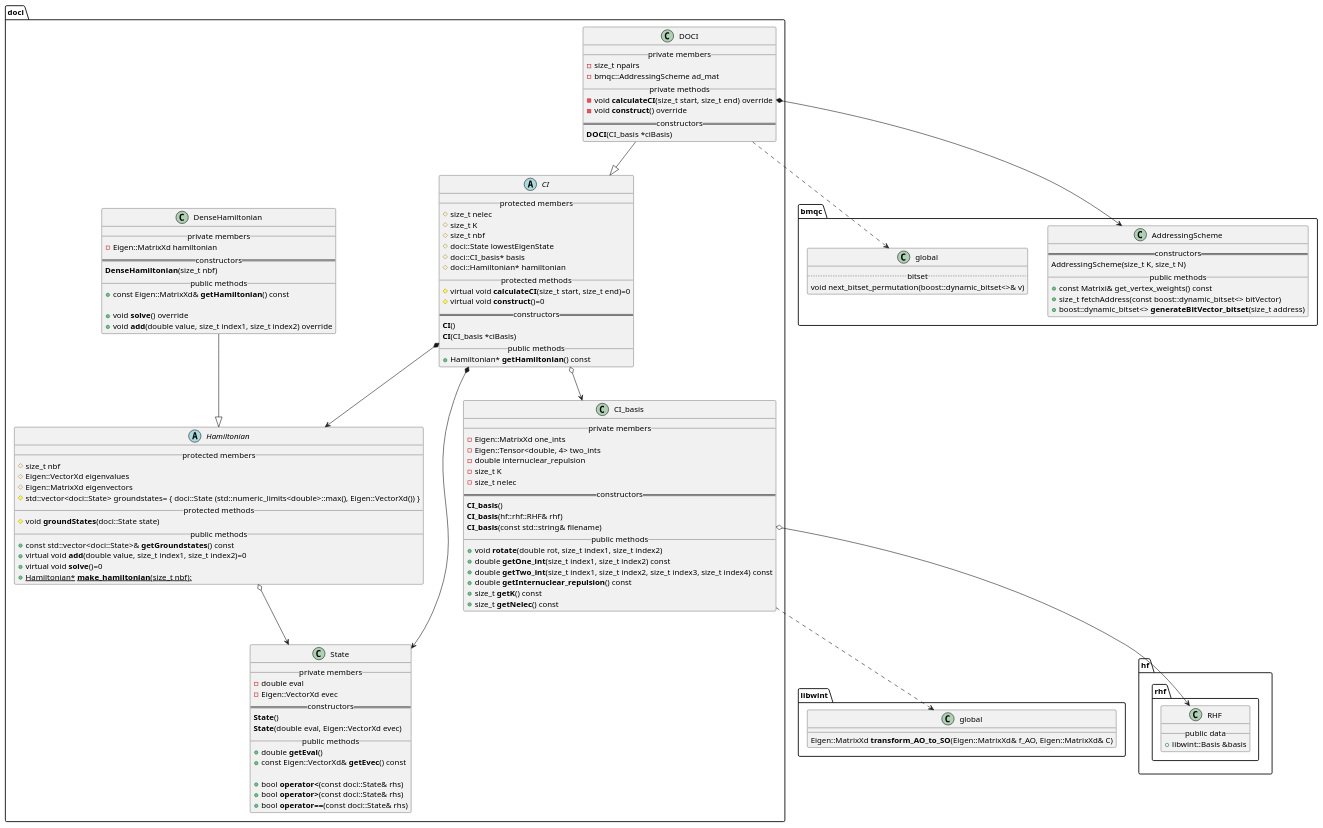
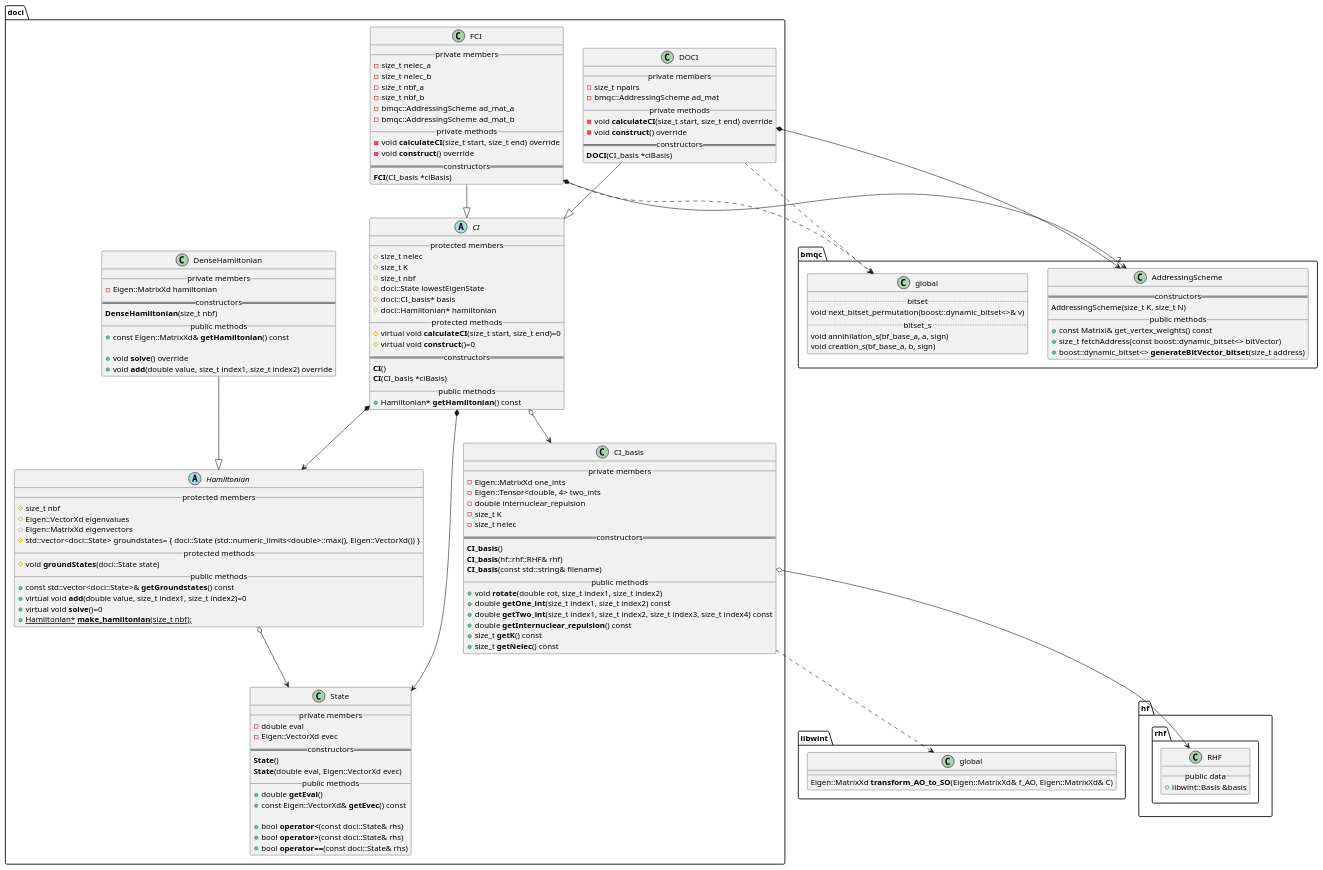
Before and after one commit to tmhuysen/ci: the diagram in docs/ci.puml, drawn with PlantUML. The commit also changed 2 other files, not shown here.

Commit message:
Added a dense FCI algorithm.

```diff
--- a/docs/ci.puml
+++ b/docs/ci.puml
@@ -1,153 +1,175 @@
 @startuml
 
 namespace doci {
     abstract class CI {
         __ protected members __
             # size_t nelec
             # size_t K
             # size_t nbf
             # doci::State lowestEigenState
             # doci::CI_basis* basis
             # doci::Hamiltonian* hamiltonian
         __ protected methods __
             # virtual void **calculateCI**(size_t start, size_t end)=0
 	        # virtual void **construct**()=0
         == constructors ==
 	        **CI**()
 	        **CI**(CI_basis *ciBasis)
 	    __ public methods __
 	        + Hamiltonian* **getHamiltonian**() const
     }
 
 
     class DOCI {
         __ private members __
             - size_t npairs
             - bmqc::AddressingScheme ad_mat
         __ private methods __
             - void **calculateCI**(size_t start, size_t end) override
             - void **construct**() override
         == constructors ==
             **DOCI**(CI_basis *ciBasis)
+    }
+
+
+    class FCI {
+        __ private members __
+            - size_t nelec_a
+            - size_t nelec_b
+            - size_t nbf_a
+            - size_t nbf_b
+            - bmqc::AddressingScheme ad_mat_a
+            - bmqc::AddressingScheme ad_mat_b
+        __ private methods __
+            - void **calculateCI**(size_t start, size_t end) override
+            - void **construct**() override
+        == constructors ==
+            **FCI**(CI_basis *ciBasis)
     }
 
 
     class State {
         __ private members __
             - double eval
             - Eigen::VectorXd evec
         == constructors ==
             **State**()
             **State**(double eval, Eigen::VectorXd evec)
         __ public methods __
             + double **getEval**()
             + const Eigen::VectorXd& **getEvec**() const
 
             + bool **operator<**(const doci::State& rhs)
             + bool **operator>**(const doci::State& rhs)
             + bool **operator==**(const doci::State& rhs)
     }
 
 
     class CI_basis {
         __ private members __
             - Eigen::MatrixXd one_ints
             - Eigen::Tensor<double, 4> two_ints
             - double internuclear_repulsion
             - size_t K
             - size_t nelec
         == constructors ==
             **CI_basis**()
             **CI_basis**(hf::rhf::RHF& rhf)
             **CI_basis**(const std::string& filename)
         __ public methods __
             + void **rotate**(double rot, size_t index1, size_t index2)
             + double **getOne_int**(size_t index1, size_t index2) const
             + double **getTwo_int**(size_t index1, size_t index2, size_t index3, size_t index4) const
             + double **getInternuclear_repulsion**() const
             + size_t **getK**() const
             + size_t **getNelec**() const
     }
 
 
     abstract class Hamiltonian {
         __ protected members __
             # size_t nbf
             # Eigen::VectorXd eigenvalues
             # Eigen::MatrixXd eigenvectors
             # std::vector<doci::State> groundstates= { doci::State (std::numeric_limits<double>::max(), Eigen::VectorXd()) }
         __ protected methods __
             # void **groundStates**(doci::State state)
         __ public methods __
             + const std::vector<doci::State>& **getGroundstates**() const
             + virtual void **add**(double value, size_t index1, size_t index2)=0
             + virtual void **solve**()=0
             + {static} Hamiltonian* **make_hamiltonian**(size_t nbf);
     }
 
 
     class DenseHamiltonian {
         __ private members __
             - Eigen::MatrixXd hamiltonian
         == constructors ==
             **DenseHamiltonian**(size_t nbf)
         __ public methods __
             + const Eigen::MatrixXd& **getHamiltonian**() const
 
             + void **solve**() override
             + void **add**(double value, size_t index1, size_t index2) override
     }
 }
 
 
 namespace bmqc {
     class AddressingScheme {
         == constructors ==
             AddressingScheme(size_t K, size_t N)
         __ public methods __
             + const Matrixi& get_vertex_weights() const
             + size_t fetchAddress(const boost::dynamic_bitset<> bitVector)
             + boost::dynamic_bitset<> **generateBitVector_bitset**(size_t address)
     }
 
     class global {
         .. bitset ..
             void next_bitset_permutation(boost::dynamic_bitset<>& v)
+        .. bitset_s ..
+            void annihilation_s(bf_base_a, a, sign)
+            void creation_s(bf_base_a, b, sign)
     }
 
 
 }
 
 namespace libwint {
     class global {
         Eigen::MatrixXd **transform_AO_to_SO**(Eigen::MatrixXd& f_AO, Eigen::MatrixXd& C)
     }
 }
 
 namespace hf {
     namespace rhf {
         class RHF {
             __ public data __
                 + libwint::Basis &basis
         }
     }
 }
 
 
 doci.CI_basis ..> libwint.global
 doci.CI_basis o--> hf.rhf.RHF
 
 doci.Hamiltonian o--> doci.State
 
 doci.DenseHamiltonian --|> doci.Hamiltonian
 
 doci.CI *--> doci.State
 doci.CI o--> doci.CI_basis
 doci.CI *--> doci.Hamiltonian
 
 doci.DOCI --|> doci.CI
 doci.DOCI *--> bmqc.AddressingScheme
 doci.DOCI ..> bmqc.global
 
+doci.FCI --|> doci.CI
+doci.FCI ..> bmqc.global
+doci.FCI *--> "2" bmqc.AddressingScheme
 
 @enduml
```
